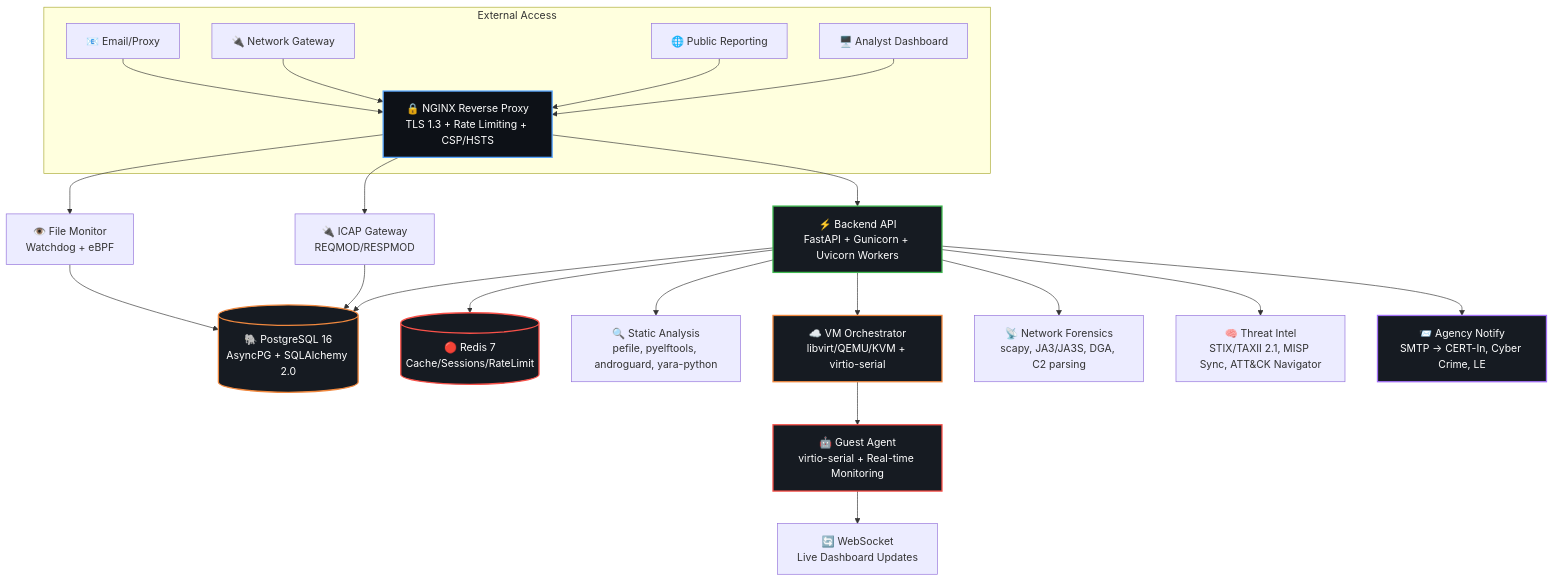
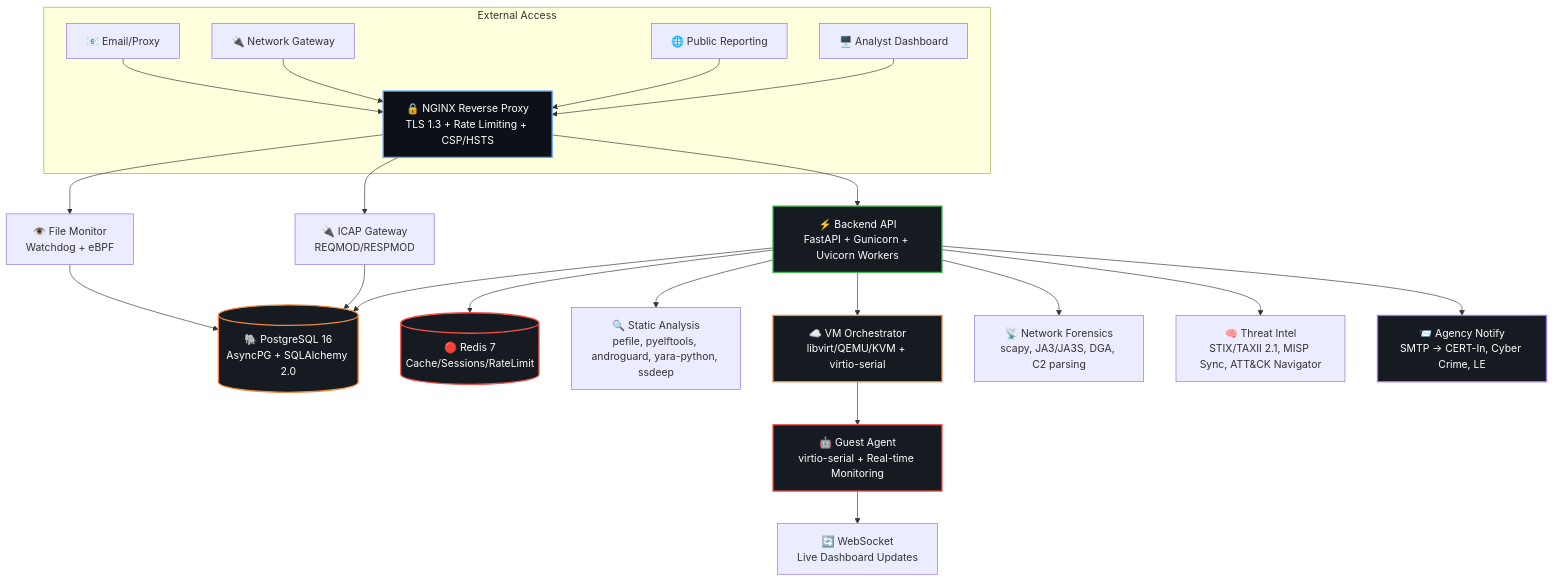
One commit to xC0D3F4TH3R/MALINFOx changed the first of 2 diagrams in README.md. Above: the diagram before and after it, drawn with Mermaid. The commit also changed other lines of this file, not shown here.

````diff
--- a/README.md
+++ b/README.md
@@ -77,37 +78,37 @@
 ```mermaid
 graph TB
     subgraph "External Access"
         A[🖥️ Analyst Dashboard] --> N
         B[🌐 Public Reporting] --> N
         C[🔌 Network Gateway] --> N
         D[📧 Email/Proxy] --> N
     end
 
     N[🔒 NGINX Reverse Proxy<br/>TLS 1.3 + Rate Limiting + CSP/HSTS]
     N --> API[⚡ Backend API<br/>FastAPI + Gunicorn + Uvicorn Workers]
     N --> ICAP[🔌 ICAP Gateway<br/>REQMOD/RESPMOD]
     N --> MON[👁️ File Monitor<br/>Watchdog + eBPF]
 
     API --> DB[(🐘 PostgreSQL 16<br/>AsyncPG + SQLAlchemy 2.0)]
     API --> REDIS[(🔴 Redis 7<br/>Cache/Sessions/RateLimit)]
     ICAP --> DB
     MON --> DB
 
-    API --> SA[🔍 Static Analysis<br/>pefile, pyelftools, androguard, yara-python]
+    API --> SA[🔍 Static Analysis<br/>pefile, pyelftools, androguard, yara-python, ssdeep]
     API --> VM[☁️ VM Orchestrator<br/>libvirt/QEMU/KVM + virtio-serial]
     API --> NF[📡 Network Forensics<br/>scapy, JA3/JA3S, DGA, C2 parsing]
 
     VM --> GA[🤖 Guest Agent<br/>virtio-serial + Real-time Monitoring]
     GA --> WS[🔄 WebSocket<br/>Live Dashboard Updates]
 
     API --> TI[🧠 Threat Intel<br/>STIX/TAXII 2.1, MISP Sync, ATT&CK Navigator]
     API --> AN[📨 Agency Notify<br/>SMTP → CERT-In, Cyber Crime, LE]
 
     style N fill:#0d1117,stroke:#58a6ff,stroke-width:2px,color:#fff
     style API fill:#161b22,stroke:#3fb950,stroke-width:2px,color:#fff
     style VM fill:#161b22,stroke:#f0883e,stroke-width:2px,color:#fff
     style GA fill:#161b22,stroke:#f85149,stroke-width:2px,color:#fff
     style AN fill:#161b22,stroke:#a371f7,stroke-width:2px,color:#fff
     style DB fill:#161b22,stroke:#f0883e,stroke-width:2px,color:#fff
     style REDIS fill:#161b22,stroke:#f85149,stroke-width:2px,color:#fff
 ```
````
